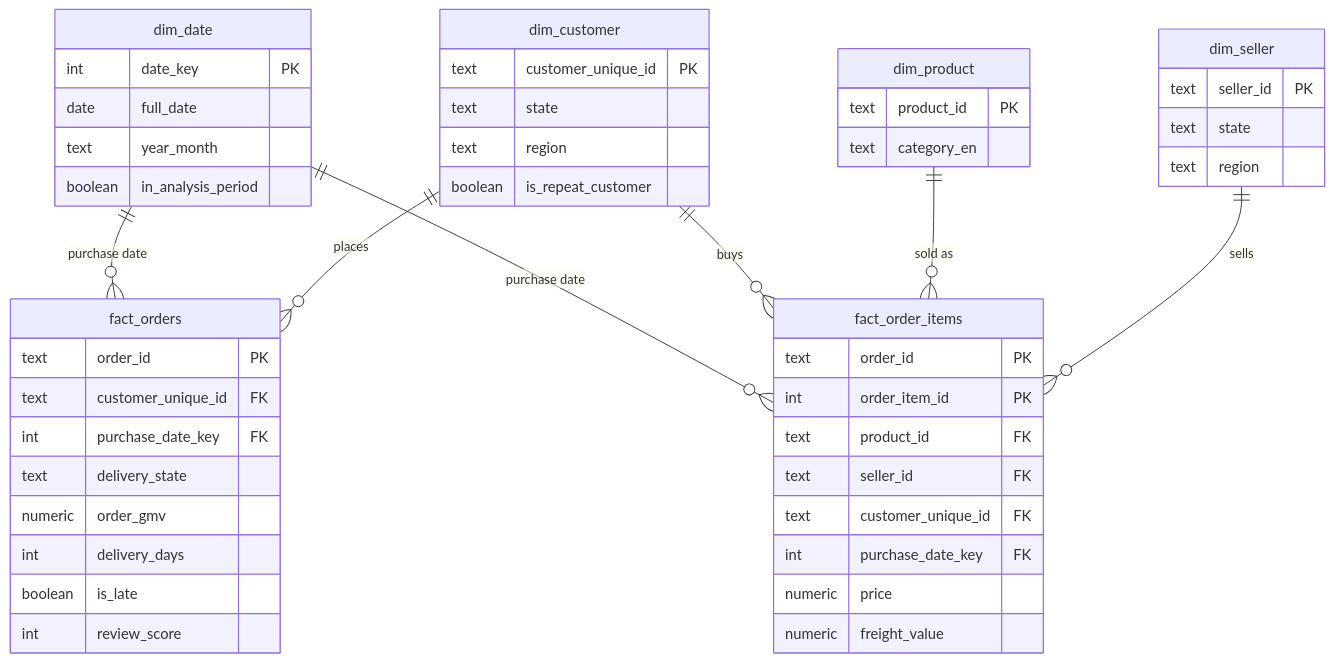
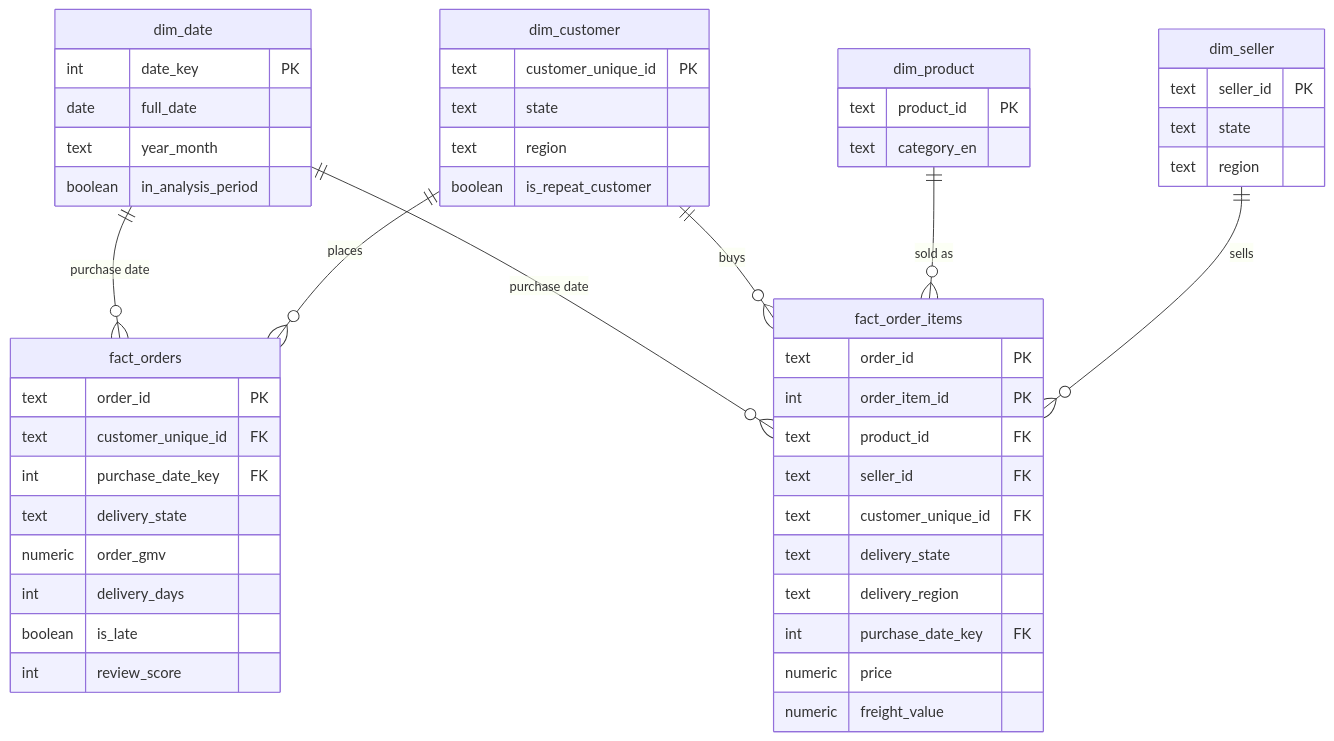
The diagram in docs/03_data_model.md (dbsaragih/olist-commercial-analytics), drawn with Mermaid before and after one commit. The commit also changed other lines of this file, not shown here.

Commit message:
Add star schema data model design

````diff
--- a/docs/03_data_model.md
+++ b/docs/03_data_model.md
@@ -13,51 +13,53 @@
 ```mermaid
 erDiagram
     dim_date     ||--o{ fact_orders      : "purchase date"
     dim_customer ||--o{ fact_orders      : "places"
     dim_date     ||--o{ fact_order_items : "purchase date"
     dim_customer ||--o{ fact_order_items : "buys"
     dim_product  ||--o{ fact_order_items : "sold as"
     dim_seller   ||--o{ fact_order_items : "sells"
 
     fact_orders {
         text    order_id PK
         text    customer_unique_id FK
         int     purchase_date_key FK
         text    delivery_state
         numeric order_gmv
         int     delivery_days
         boolean is_late
         int     review_score
     }
     fact_order_items {
         text    order_id PK
         int     order_item_id PK
         text    product_id FK
         text    seller_id FK
         text    customer_unique_id FK
+        text    delivery_state
+        text    delivery_region
         int     purchase_date_key FK
         numeric price
         numeric freight_value
     }
     dim_customer {
         text customer_unique_id PK
         text state
         text region
         boolean is_repeat_customer
     }
     dim_product {
         text product_id PK
         text category_en
     }
     dim_seller {
         text seller_id PK
         text state
         text region
     }
     dim_date {
         int  date_key PK
         date full_date
         text year_month
         boolean in_analysis_period
     }
 ```
````
